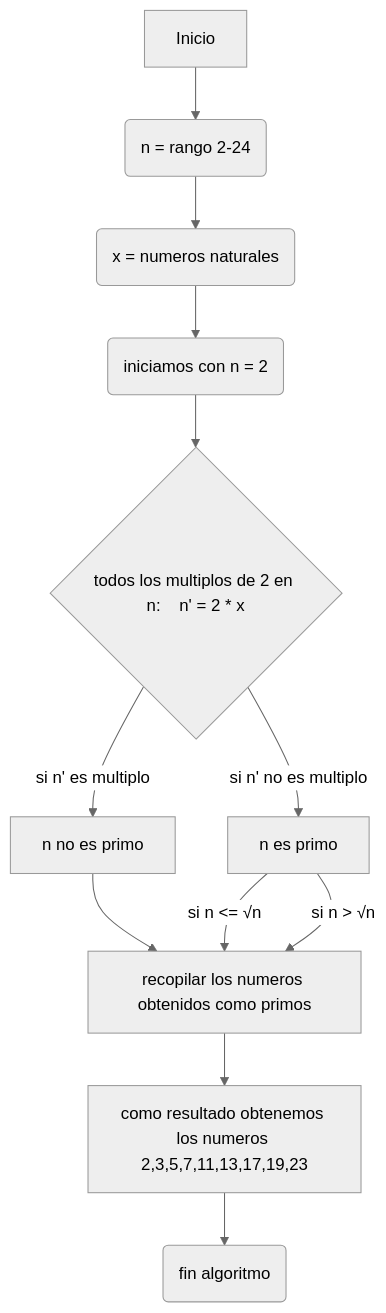
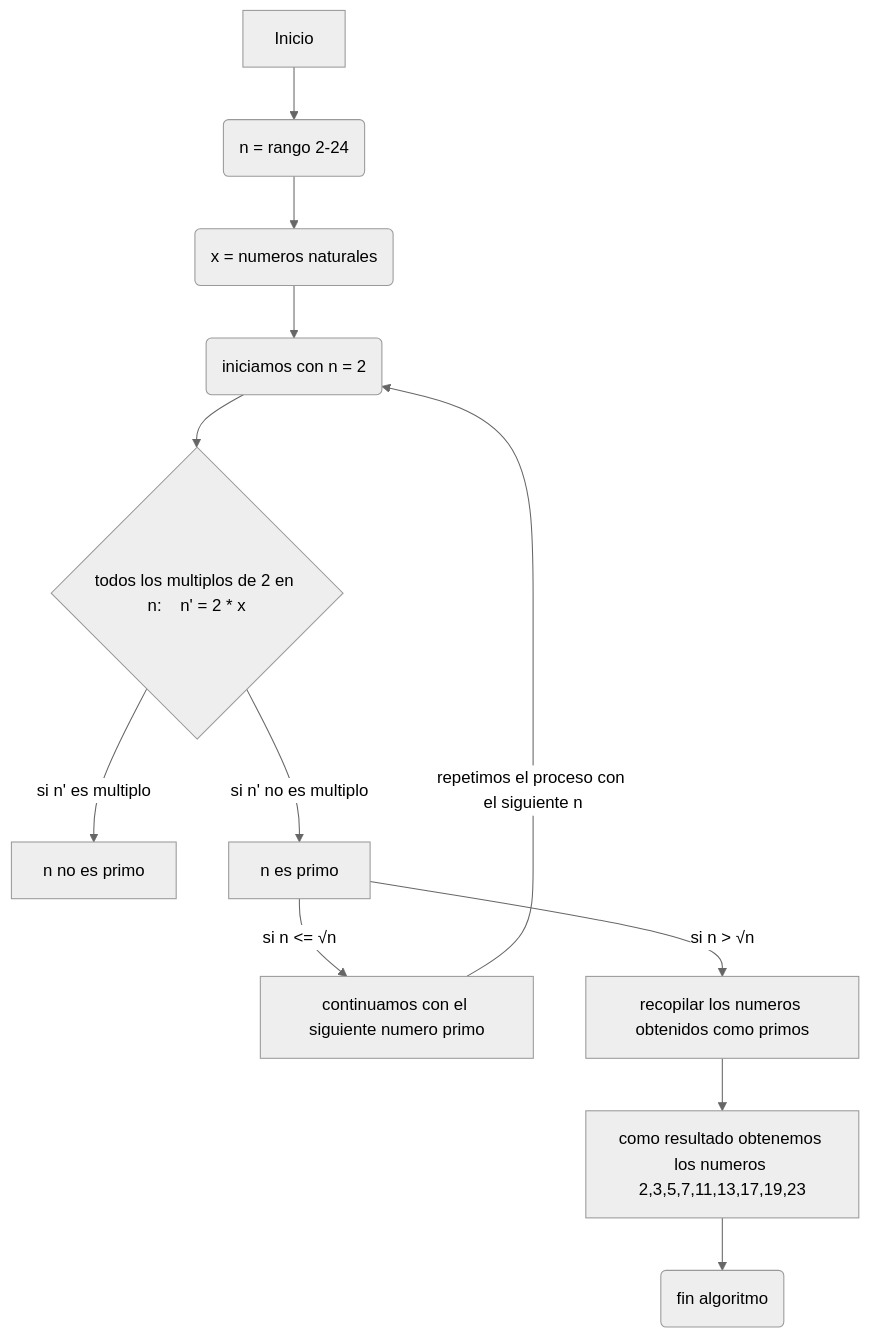
The diagram in README.md (Matrodri18/RETO_3), drawn with Mermaid (neutral theme) before and after one commit.

````diff
--- a/README.md
+++ b/README.md
@@ -52,12 +52,12 @@
 ```mermaid
 flowchart TD
     A[Inicio] --> B(n = rango 2-24) --> c(x = numeros naturales) --> D(iniciamos con n = 2)
     D--> E{todos los multiplos de 2 en n:    n' = 2 * x}
     E -->|si n' es multiplo| F[n no es primo]
-    E -->|si n' no es multiplo| G[n es primo]
-    F --> H[continuamos con el siguiente numero primo] 
+    E -->|si n' no es multiplo| G[n es primo] 
  G --> |si n <= √n| H[continuamos con el siguiente numero primo]
- G --> |si n > √n| H[recopilar los numeros obtenidos como primos] 
-    H --> I[como resultado obtenemos los numeros 2,3,5,7,11,13,17,19,23]
-    I --> L(fin algoritmo)
+ H --> |repetimos el proceso con el siguiente n| D
+ G --> |si n > √n| I[recopilar los numeros obtenidos como primos] 
+    I --> J[como resultado obtenemos los numeros 2,3,5,7,11,13,17,19,23]
+    J --> L(fin algoritmo)
 ```
````
